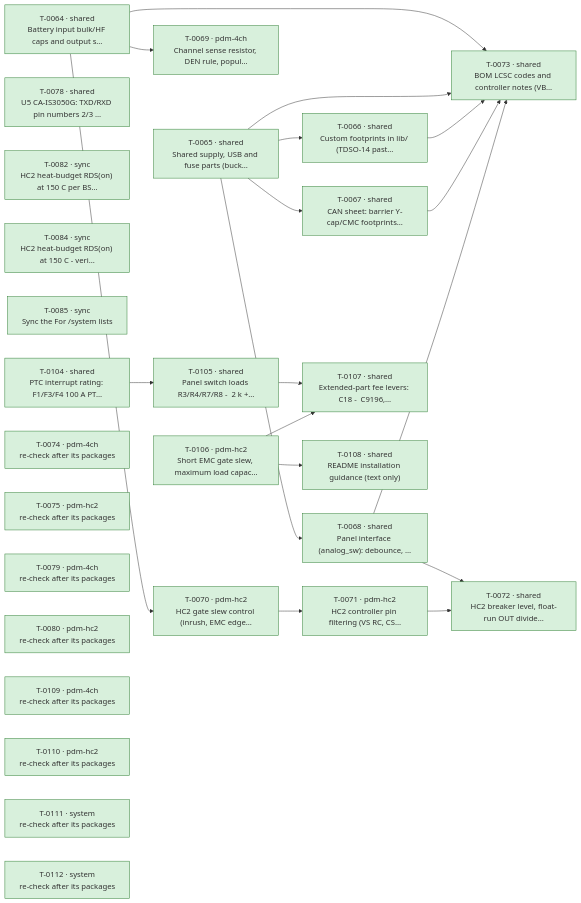
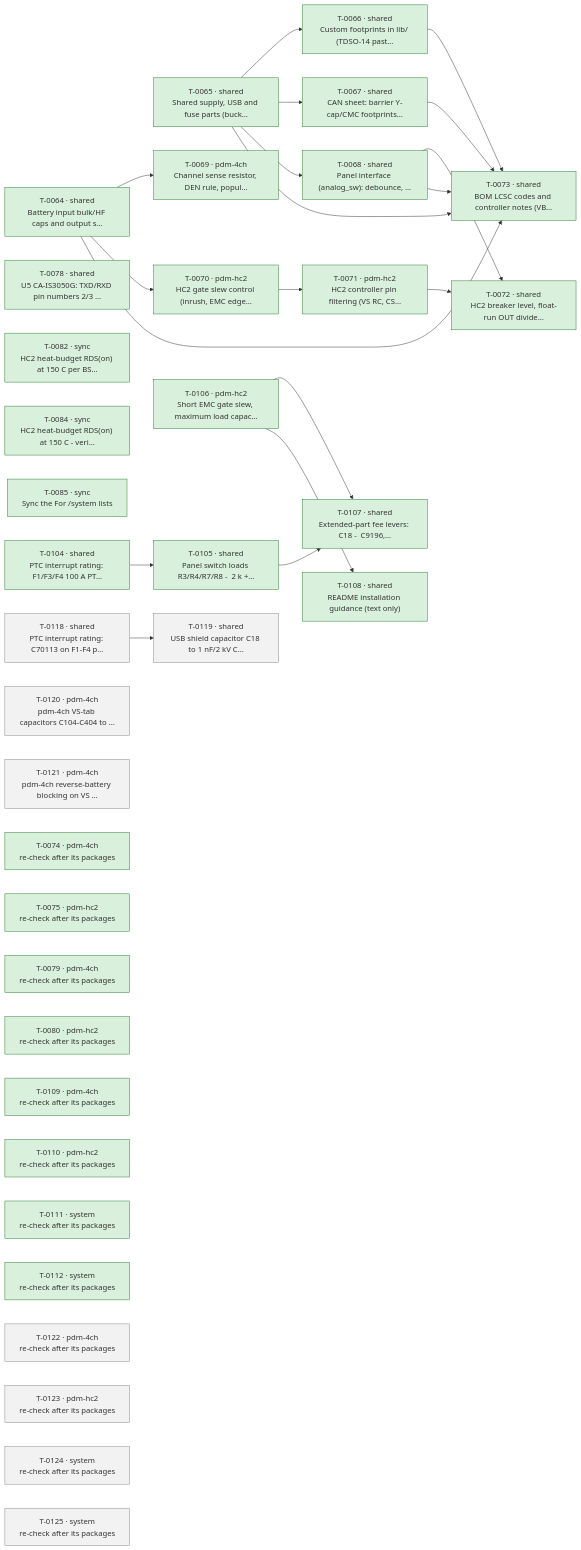
One commit to plektra/ESP32-PDM changed the diagram in docs/ROADMAP.md. Above: the diagram before and after it, drawn with Mermaid. The commit also changed other lines of this file and 4 other files, not shown here.

First line of the commit message:
Auto: planner system (T-0117): 4 packages, 6 deferred, 5 decisions

````diff
--- a/docs/ROADMAP.md
+++ b/docs/ROADMAP.md
@@ -18,51 +18,60 @@
 ```mermaid
 flowchart LR
   T0064["T-0064 · shared<br/>Battery input bulk/HF caps and output s…"]:::done
   T0065["T-0065 · shared<br/>Shared supply, USB and fuse parts (buck…"]:::done
   T0066["T-0066 · shared<br/>Custom footprints in lib/ (TDSO-14 past…"]:::done
   T0067["T-0067 · shared<br/>CAN sheet: barrier Y-cap/CMC footprints…"]:::done
   T0068["T-0068 · shared<br/>Panel interface (analog_sw): debounce, …"]:::done
   T0069["T-0069 · pdm-4ch<br/>Channel sense resistor, DEN rule, popul…"]:::done
   T0070["T-0070 · pdm-hc2<br/>HC2 gate slew control (inrush, EMC edge…"]:::done
   T0071["T-0071 · pdm-hc2<br/>HC2 controller pin filtering (VS RC, CS…"]:::done
   T0072["T-0072 · shared<br/>HC2 breaker level, float-run OUT divide…"]:::done
   T0073["T-0073 · shared<br/>BOM LCSC codes and controller notes (VB…"]:::done
   T0078["T-0078 · shared<br/>U5 CA-IS3050G: TXD/RXD pin numbers 2/3 …"]:::done
   T0082["T-0082 · sync<br/>HC2 heat-budget RDS(on) at 150 C per BS…"]:::done
   T0084["T-0084 · sync<br/>HC2 heat-budget RDS(on) at 150 C - veri…"]:::done
   T0085["T-0085 · sync<br/>Sync the  For /system  lists"]:::done
   T0104["T-0104 · shared<br/>PTC interrupt rating: F1/F3/F4 100 A PT…"]:::done
   T0105["T-0105 · shared<br/>Panel switch loads R3/R4/R7/R8 -  2 k +…"]:::done
   T0106["T-0106 · pdm-hc2<br/>Short EMC gate slew, maximum load capac…"]:::done
   T0107["T-0107 · shared<br/>Extended-part fee levers: C18 -  C9196,…"]:::done
   T0108["T-0108 · shared<br/>README installation guidance (text only)"]:::done
+  T0118["T-0118 · shared<br/>PTC interrupt rating: C70113 on F1-F4 p…"]:::ready
+  T0119["T-0119 · shared<br/>USB shield capacitor C18 to 1 nF/2 kV C…"]:::ready
+  T0120["T-0120 · pdm-4ch<br/>pdm-4ch VS-tab capacitors C104-C404 to …"]:::ready
+  T0121["T-0121 · pdm-4ch<br/>pdm-4ch reverse-battery blocking on VS …"]:::ready
   T0074["T-0074 · pdm-4ch<br/>re-check after its packages"]:::done
   T0075["T-0075 · pdm-hc2<br/>re-check after its packages"]:::done
   T0079["T-0079 · pdm-4ch<br/>re-check after its packages"]:::done
   T0080["T-0080 · pdm-hc2<br/>re-check after its packages"]:::done
   T0109["T-0109 · pdm-4ch<br/>re-check after its packages"]:::done
   T0110["T-0110 · pdm-hc2<br/>re-check after its packages"]:::done
   T0111["T-0111 · system<br/>re-check after its packages"]:::done
   T0112["T-0112 · system<br/>re-check after its packages"]:::done
+  T0122["T-0122 · pdm-4ch<br/>re-check after its packages"]:::ready
+  T0123["T-0123 · pdm-hc2<br/>re-check after its packages"]:::ready
+  T0124["T-0124 · system<br/>re-check after its packages"]:::ready
+  T0125["T-0125 · system<br/>re-check after its packages"]:::ready
   T0065 --> T0066
   T0065 --> T0067
   T0065 --> T0068
   T0064 --> T0069
   T0064 --> T0070
   T0070 --> T0071
   T0068 --> T0072
   T0071 --> T0072
   T0064 --> T0073
   T0065 --> T0073
   T0066 --> T0073
   T0067 --> T0073
   T0068 --> T0073
   T0104 --> T0105
   T0105 --> T0107
   T0106 --> T0107
   T0106 --> T0108
+  T0118 --> T0119
   classDef done fill:#d8f0dc,stroke:#2e7d32
   classDef running fill:#d6e6ff,stroke:#1f5fbf
   classDef ready fill:#f2f2f2,stroke:#888
   classDef failed fill:#f9d9d9,stroke:#b3261e
 ```
````
